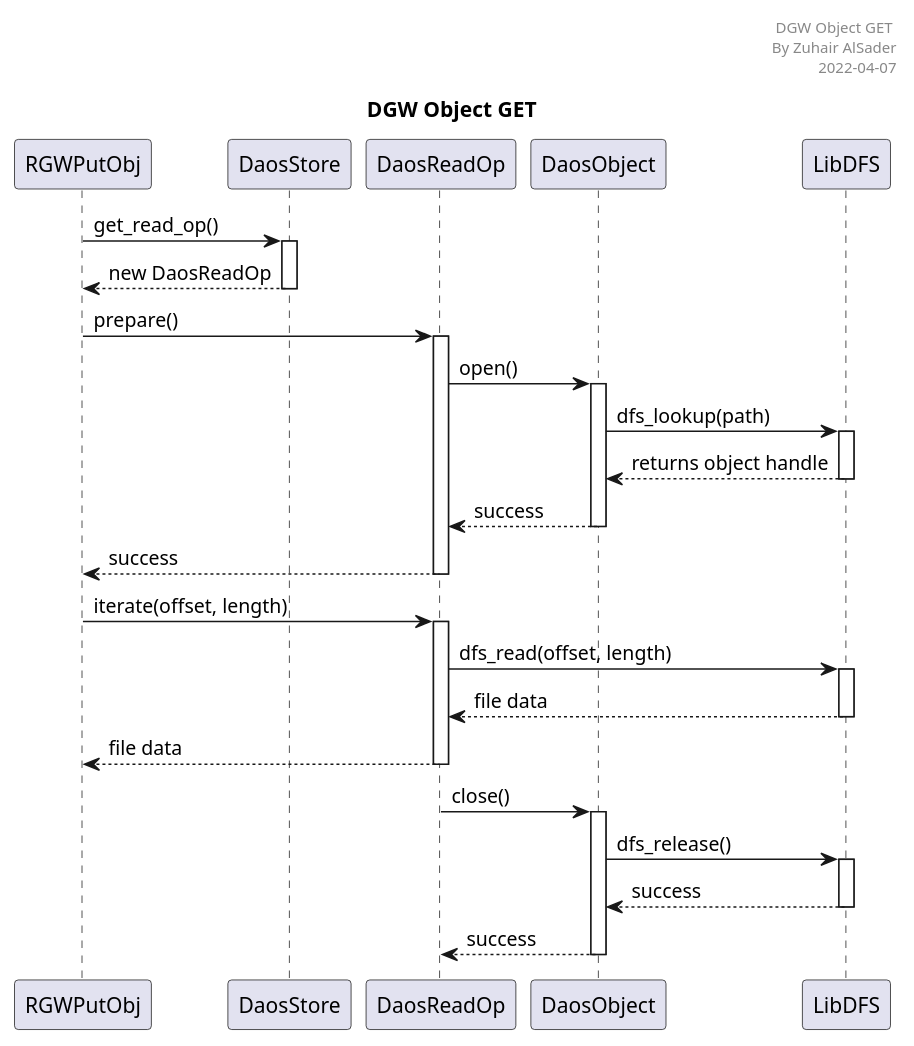
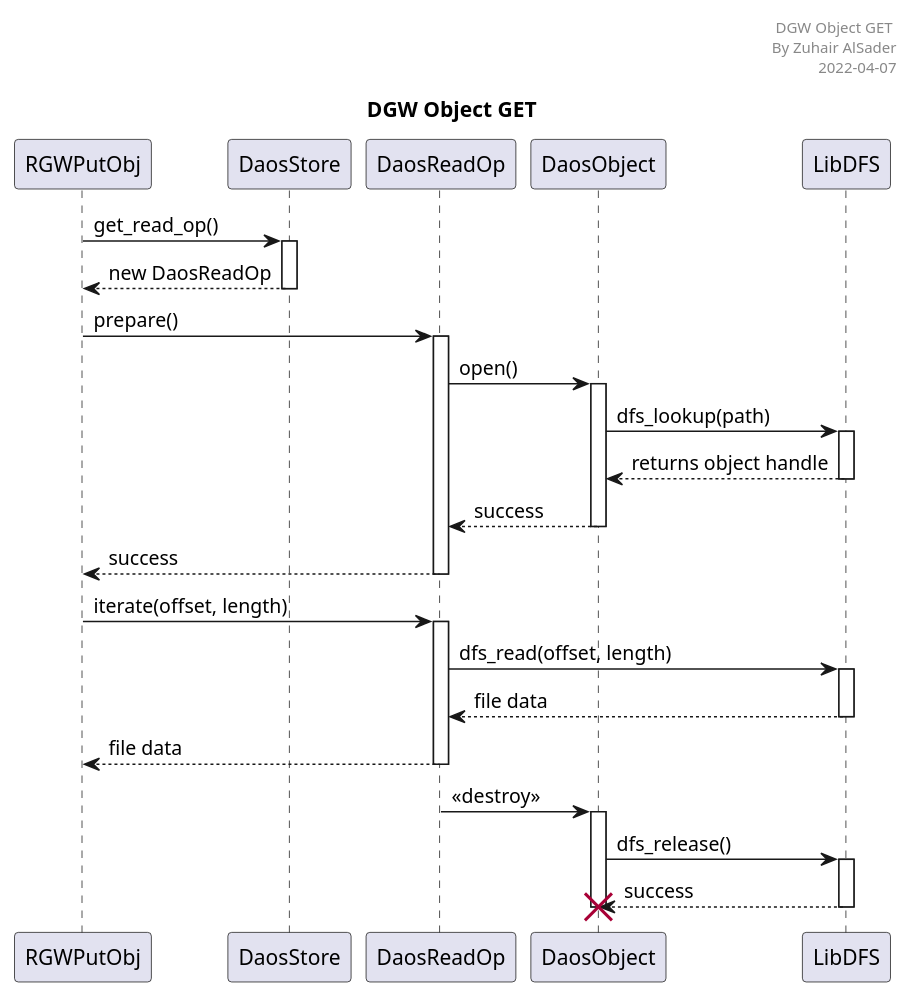
One commit to zalsader/DGW-ops changed the diagram in DGW_Object_GET.plantuml. Above: the diagram before and after it, drawn with PlantUML.

```diff
--- a/DGW_Object_GET.plantuml
+++ b/DGW_Object_GET.plantuml
@@ -1,37 +1,37 @@
 @startuml
 
 header DGW Object GET \n By Zuhair AlSader\n2022-04-07
 title DGW Object GET
 
 participant "RGWPutObj" as rgw
 participant "DaosStore" as store
 participant "DaosReadOp" as readop
 participant "DaosObject" as object
 participant "LibDFS" as libdfs
 
 autoactivate on
 
 rgw -> store: get_read_op()
 store --> rgw: new DaosReadOp
 
 
 rgw -> readop: prepare()
 readop -> object: open()
 
 object -> libdfs: dfs_lookup(path)
 libdfs --> object: returns object handle
 
 object --> readop: success
 readop --> rgw: success
 
 rgw -> readop: iterate(offset, length)
 readop-> libdfs: dfs_read(offset, length)
 libdfs --> readop: file data
 readop --> rgw: file data
 
-readop -> object: close()
+readop -> object: <<destroy>>
 object -> libdfs: dfs_release()
 libdfs --> object: success
-object --> readop: success
+destroy object
 
 @enduml
```
